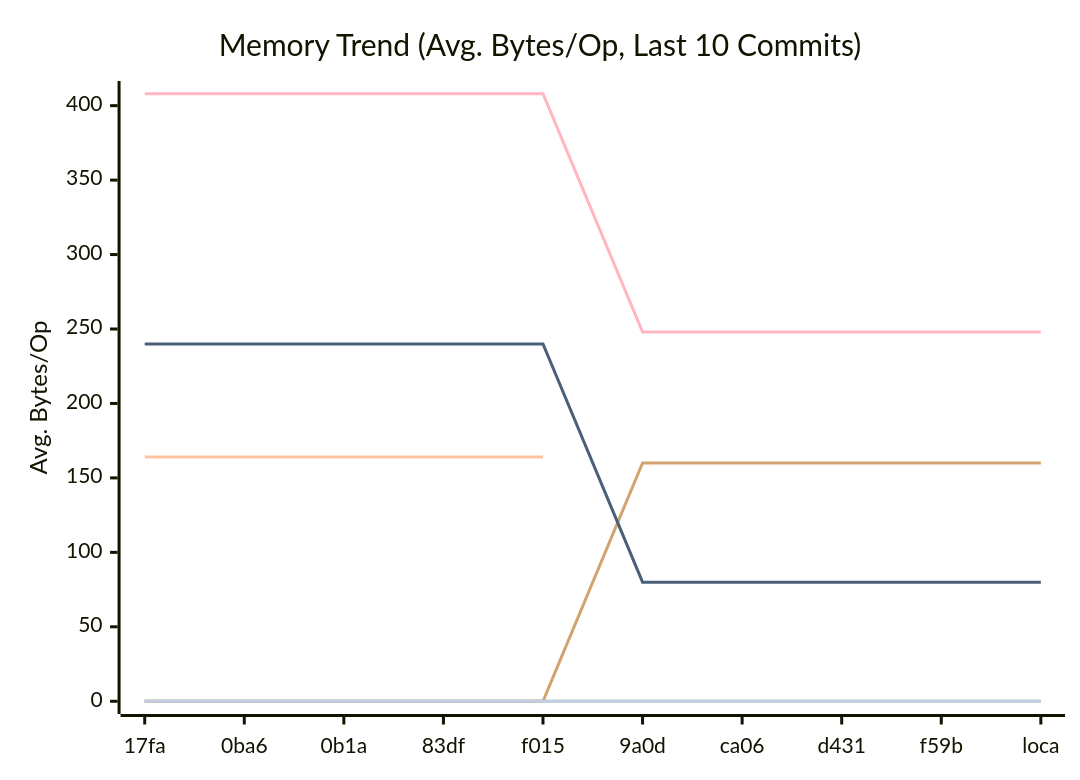
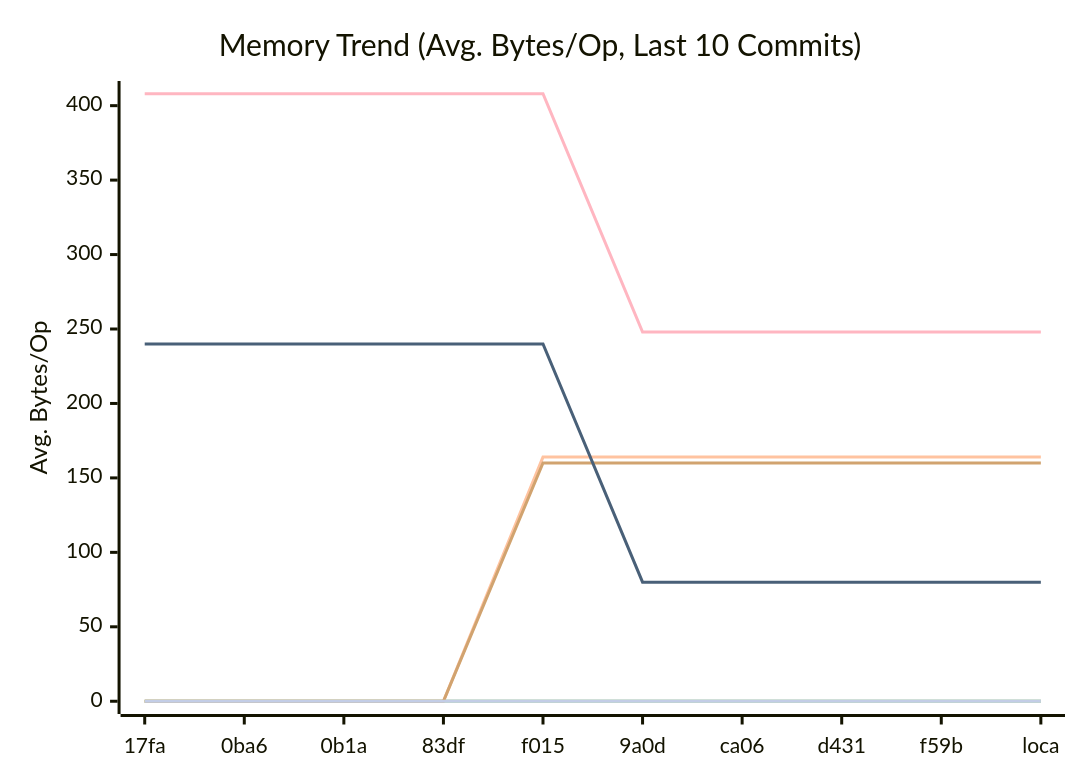
One commit to alsotoes/momo changed the second of 3 diagrams in docs/PERFORMANCE.md. Above: the diagram before and after it, drawn with Mermaid. The commit also changed other lines of this file and 2 other files, not shown here.

````diff
--- a/docs/PERFORMANCE.md
+++ b/docs/PERFORMANCE.md
@@ -95,16 +97,16 @@
 ```mermaid
 xychart-beta
     title "Memory Trend (Avg. Bytes/Op, Last 10 Commits)"
     x-axis "Commit"
     y-axis "Avg. Bytes/Op"
     x-axis [17fa,0ba6,0b1a,83df,f015,9a0d,ca06,d431,f59b,loca]
     line "CheckMetricsAndSwap" [0,0,0,0,0,0,0,0,0,0]
-    line "CrushOptimized" [0,0,0,0,0]
-    line "CrushOriginal" [164,164,164,164,164]
+    line "CrushOptimized" [0,0,0,0,0,0,0,0,0,0]
+    line "CrushOriginal" [0,0,0,0,164,164,164,164,164,164]
     line "IndexDirectTracking" [0,0,0,0,0,0,0,0,0,0]
     line "IndexSearch" [0,0,0,0,0,0,0,0,0,0]
-    line "LoadGlobalConfig" [0,0,0,0,0,160,160,160,160,160]
+    line "LoadGlobalConfig" [0,0,0,0,160,160,160,160,160,160]
     line "PadString" [0,0,0,0,0,0,0,0,0,0]
     line "ParseReplicationOrder_NoPrealloc" [408,408,408,408,408,248,248,248,248,248]
     line "ParseReplicationOrder_Prealloc" [240,240,240,240,240,80,80,80,80,80]
 ```
````
